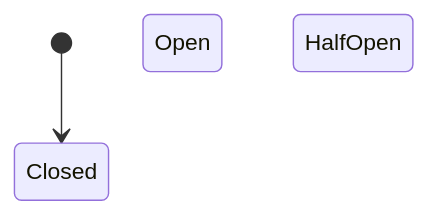
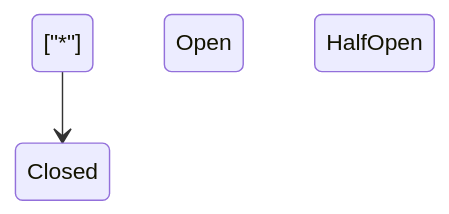
One commit to vesviet/vesviet changed the diagram in content/series/ai-driven-engineer/part-7-system-design-survival.md. Above: the diagram before and after it, drawn with Mermaid. The commit also changed other lines of this file and 331 other files, not shown here.

````diff
--- a/content/series/ai-driven-engineer/part-7-system-design-survival.md
+++ b/content/series/ai-driven-engineer/part-7-system-design-survival.md
@@ -39,13 +42,13 @@
 ```mermaid
 stateDiagram-v2
-    [*] --> Closed State
+    ["*"] --> Closed State
     
-    Closed State --> Closed State: Request Success (Reset Failure Counter)
-    Closed State --> Open State: Failure Rate > 50% Threshold (Tripped)
+    Closed State --> Closed State: Request Success ("Reset Failure Counter")
+    Closed State --> Open State: Failure Rate > 50% Threshold ("Tripped")
     
-    Open State --> Open State: Incoming Requests Fail Fast (Zero Downstream Load)
-    Open State --> HalfOpen State: Sleep Window Timeout Expires (e.g. 5s)
+    Open State --> Open State: Incoming Requests Fail Fast ("Zero Downstream Load")
+    Open State --> HalfOpen State: Sleep Window Timeout Expires ("e.g. 5s")
     
-    HalfOpen State --> Closed State: Probe Requests Succeed (System Recovered)
-    HalfOpen State --> Open State: Probe Request Fails (Reset Sleep Window)
+    HalfOpen State --> Closed State: Probe Requests Succeed ("System Recovered")
+    HalfOpen State --> Open State: Probe Request Fails ("Reset Sleep Window")
 ```
````
